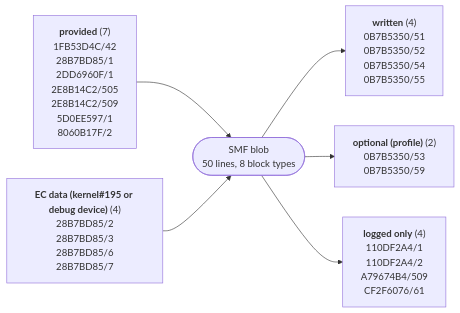
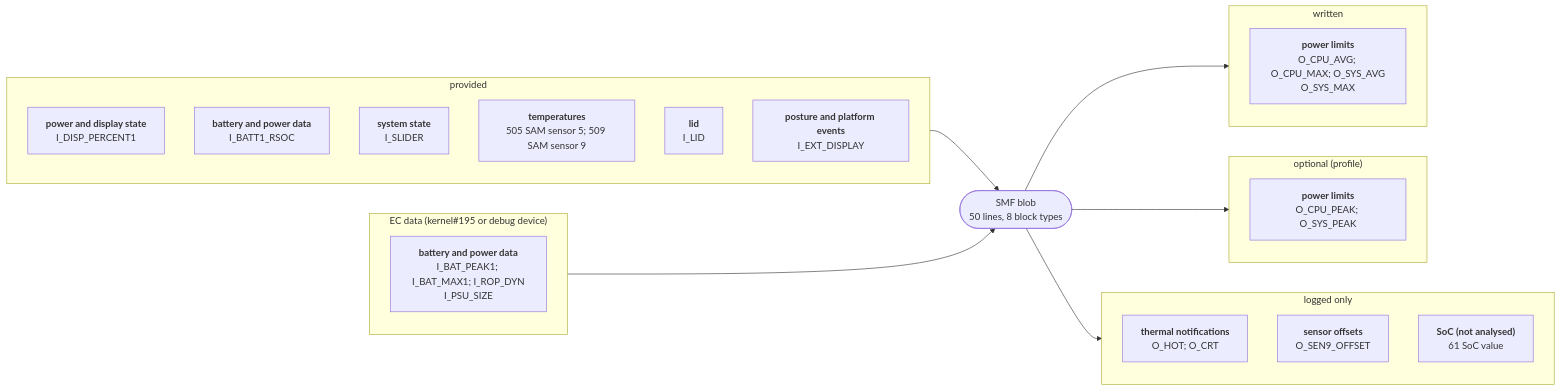
The diagram in docs/devices/surface-laptop-go.md (larsschellhas/linux-surface-power), drawn with Mermaid before and after one commit. The commit also changed other lines of this file and 31 other files, not shown here.

First line of the commit message:
Rate devices by their outputs; complete device diagrams

````diff
--- a/docs/devices/surface-laptop-go.md
+++ b/docs/devices/surface-laptop-go.md
@@ -17,9 +19,31 @@
 ```mermaid
 flowchart LR
-    I0["<b>provided</b> (7)<br/>1FB53D4C/42<br/>28B7BD85/1<br/>2DD6960F/1<br/>2E8B14C2/505<br/>2E8B14C2/509<br/>5D0EE597/1<br/>8060B17F/2"] --> B
-    I1["<b>EC data (kernel#195 or debug device)</b> (4)<br/>28B7BD85/2<br/>28B7BD85/3<br/>28B7BD85/6<br/>28B7BD85/7"] --> B
+    subgraph IN0["provided"]
+        I0_1FB53D4C["<b>power and display state</b><br/>I_DISP_PERCENT1"]
+        I0_28B7BD85["<b>battery and power data</b><br/>I_BATT1_RSOC"]
+        I0_2DD6960F["<b>system state</b><br/>I_SLIDER"]
+        I0_2E8B14C2["<b>temperatures</b><br/>505 SAM sensor 5; 509 SAM sensor 9"]
+        I0_5D0EE597["<b>lid</b><br/>I_LID"]
+        I0_8060B17F["<b>posture and platform events</b><br/>I_EXT_DISPLAY"]
+    end
+    IN0 --> B
+    subgraph IN1["EC data (kernel#195 or debug device)"]
+        I1_28B7BD85["<b>battery and power data</b><br/>I_BAT_PEAK1; I_BAT_MAX1; I_ROP_DYN<br/>I_PSU_SIZE"]
+    end
+    IN1 --> B
     B(["SMF blob<br/>50 lines, 8 block types"])
-    B --> O0["<b>written</b> (4)<br/>0B7B5350/51<br/>0B7B5350/52<br/>0B7B5350/54<br/>0B7B5350/55"]
-    B --> O1["<b>optional (profile)</b> (2)<br/>0B7B5350/53<br/>0B7B5350/59"]
-    B --> O2["<b>logged only</b> (4)<br/>110DF2A4/1<br/>110DF2A4/2<br/>A79674B4/509<br/>CF2F6076/61"]
+    subgraph OUT0["written"]
+        O0_0B7B5350["<b>power limits</b><br/>O_CPU_AVG; O_CPU_MAX; O_SYS_AVG<br/>O_SYS_MAX"]
+    end
+    B --> OUT0
+    subgraph OUT1["optional (profile)"]
+        O1_0B7B5350["<b>power limits</b><br/>O_CPU_PEAK; O_SYS_PEAK"]
+    end
+    B --> OUT1
+    subgraph OUT2["logged only"]
+        O2_110DF2A4["<b>thermal notifications</b><br/>O_HOT; O_CRT"]
+        O2_A79674B4["<b>sensor offsets</b><br/>O_SEN9_OFFSET"]
+        O2_CF2F6076["<b>SoC (not analysed)</b><br/>61 SoC value"]
+    end
+    B --> OUT2
 ```
````
